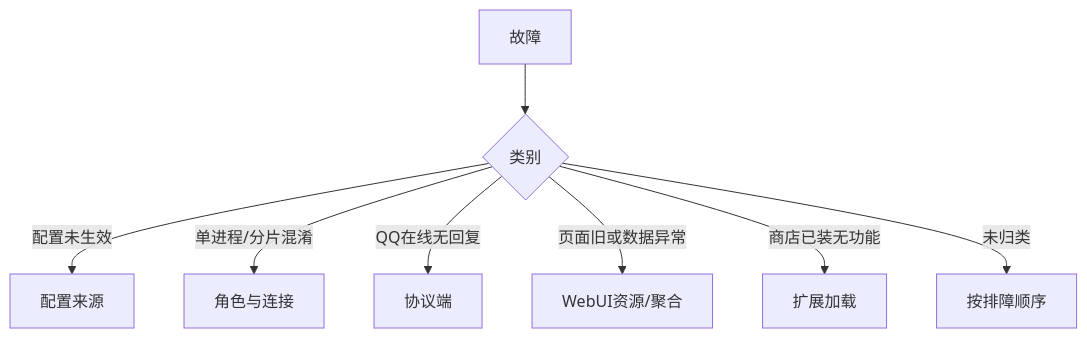
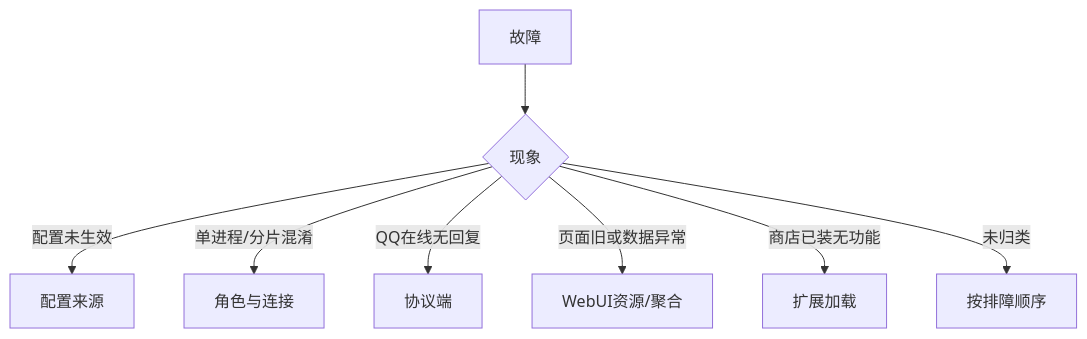
Before and after one commit to PallasBot/Pallas-Bot-Docs: the diagram in src/maintainer/operate/troubleshooting.md, drawn with Mermaid. The commit also changed other lines of this file and 104 other files, not shown here.

````diff
--- a/src/maintainer/operate/troubleshooting.md
+++ b/src/maintainer/operate/troubleshooting.md
@@ -7,10 +13,10 @@
 ```mermaid
 flowchart TD
-  Start[故障] --> Kind{类别}
+  Start[故障] --> Kind{现象}
   Kind -->|配置未生效| Config[配置来源]
   Kind -->|单进程/分片混淆| Role[角色与连接]
   Kind -->|QQ在线无回复| Proto[协议端]
   Kind -->|页面旧或数据异常| WebUI[WebUI资源/聚合]
   Kind -->|商店已装无功能| Ext[扩展加载]
   Kind -->|未归类| Order[按排障顺序]
 ```
````
